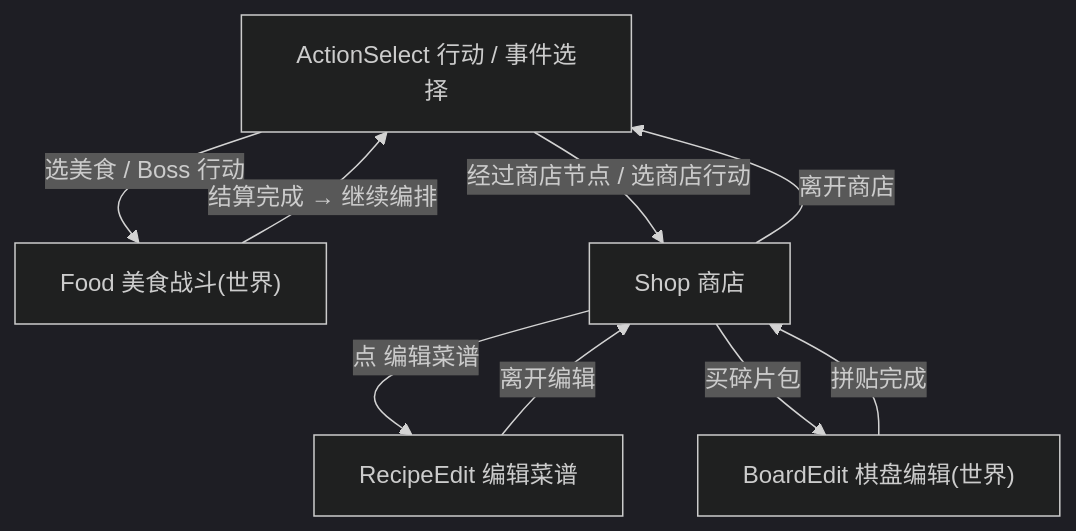
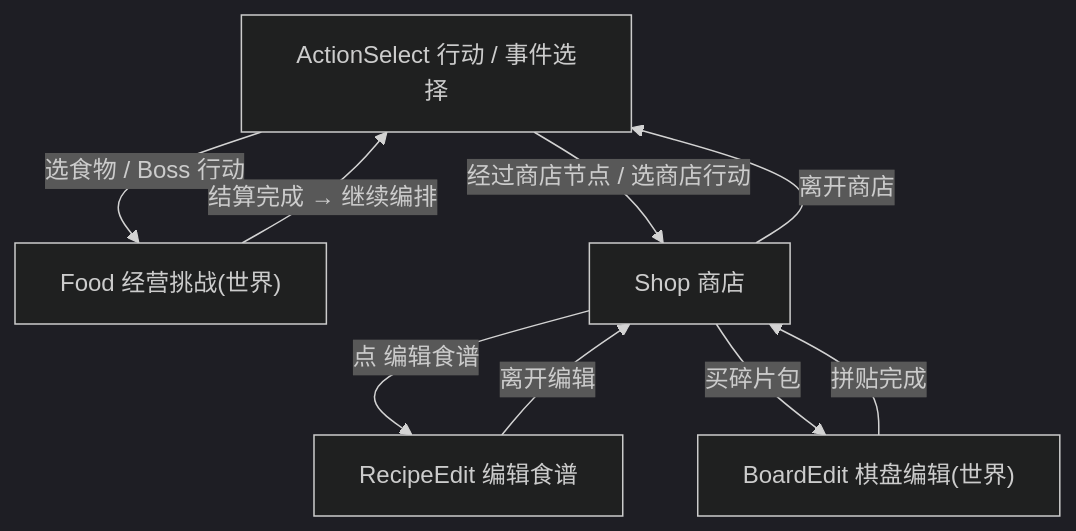
The second of 3 diagrams in GourmetProject/docs/design/游戏设计/界面.md (2563495284/gourmetproject), drawn with Mermaid (dark theme) before and after one commit. The commit also changed other lines of this file and 709 other files, not shown here.

````diff
--- a/GourmetProject/docs/design/游戏设计/界面.md
+++ b/GourmetProject/docs/design/游戏设计/界面.md
@@ -43,11 +43,11 @@
 ```mermaid
 flowchart TD
-  ActionSelect["ActionSelect 行动 / 事件选择"] -->|"选美食 / Boss 行动"| Food["Food 美食战斗(世界)"]
+  ActionSelect["ActionSelect 行动 / 事件选择"] -->|"选食物 / Boss 行动"| Food["Food 经营挑战(世界)"]
   ActionSelect -->|"经过商店节点 / 选商店行动"| Shop["Shop 商店"]
-  Shop -->|"点 编辑菜谱"| Edit["RecipeEdit 编辑菜谱"]
+  Shop -->|"点 编辑食谱"| Edit["RecipeEdit 编辑食谱"]
   Edit -->|"离开编辑"| Shop
   Shop -->|"买碎片包"| Board["BoardEdit 棋盘编辑(世界)"]
   Board -->|"拼贴完成"| Shop
   Shop -->|"离开商店"| ActionSelect
   Food -->|"结算完成 → 继续编排"| ActionSelect
 ```
````
